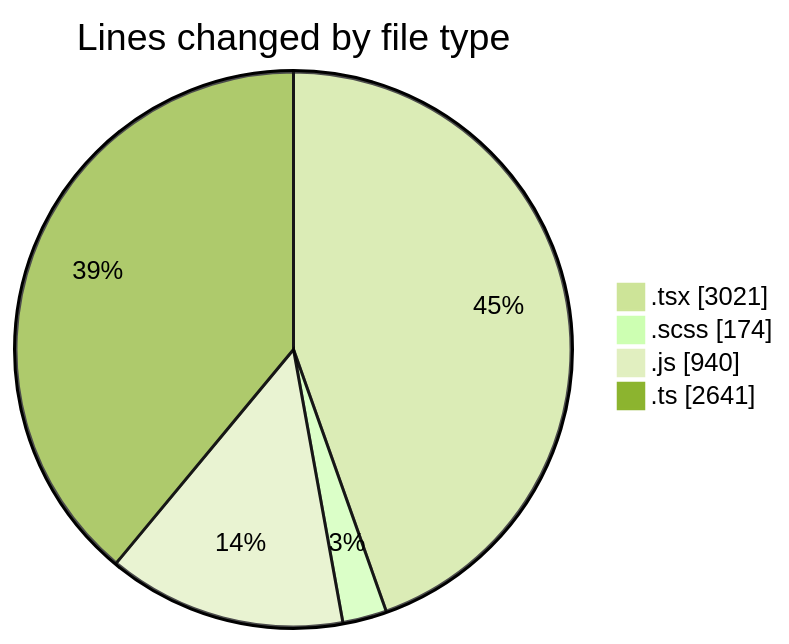
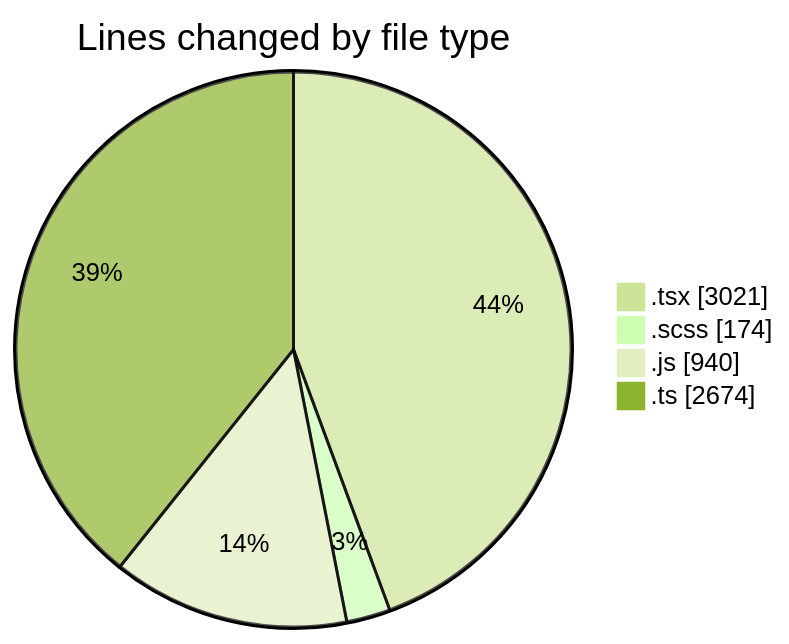
One commit to momahboobian/code-tracking changed the first of 2 diagrams in 2026-07-15/cda/README.md. Above: the diagram before and after it, drawn with Mermaid (forest theme). The commit also changed other lines of this file and 1 other file, not shown here.

````diff
--- a/2026-07-15/cda/README.md
+++ b/2026-07-15/cda/README.md
@@ -52,8 +52,8 @@
 ```mermaid
 pie showData
 title Lines changed by file type
 ".tsx" : 3021
 ".scss" : 174
 ".js" : 940
-".ts" : 2641
+".ts" : 2674
 ```
````
